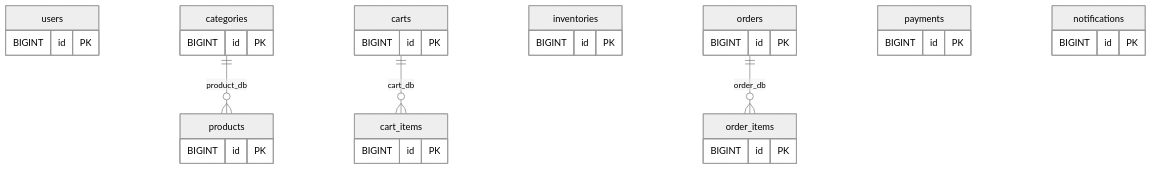
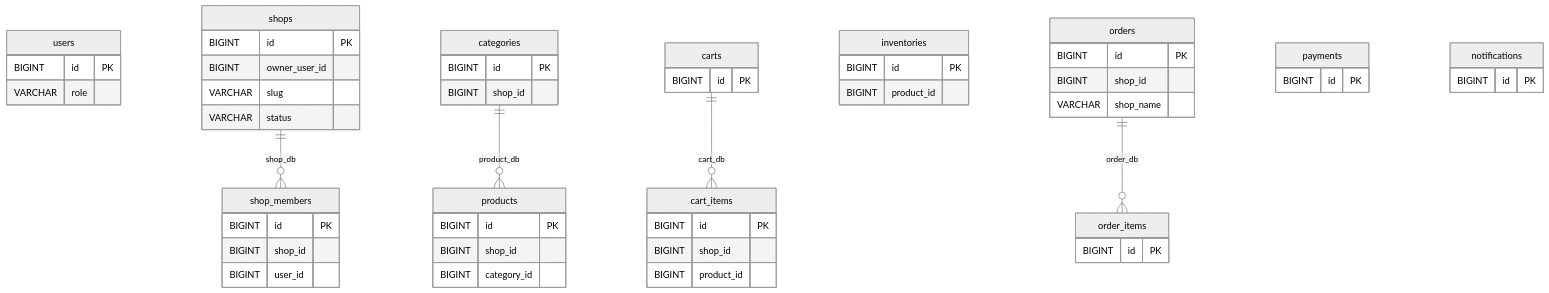
Diagram 15 of 16 in BAO-CAO-DO-AN.md (trinhvanhai1994/GTVT_ecommerce), drawn with Mermaid (neutral theme) before and after one commit. The commit also changed other lines of this file and 99 other files, not shown here.

````diff
--- a/BAO-CAO-DO-AN.md
+++ b/BAO-CAO-DO-AN.md
@@ -447,16 +743,57 @@
 ```mermaid
 erDiagram
-  users { BIGINT id PK }
-  categories { BIGINT id PK }
-  products { BIGINT id PK }
-  carts { BIGINT id PK }
-  cart_items { BIGINT id PK }
-  inventories { BIGINT id PK }
-  orders { BIGINT id PK }
-  order_items { BIGINT id PK }
-  payments { BIGINT id PK }
-  notifications { BIGINT id PK }
+  users {
+    BIGINT id PK
+    VARCHAR role
+  }
+  shops {
+    BIGINT id PK
+    BIGINT owner_user_id
+    VARCHAR slug
+    VARCHAR status
+  }
+  shop_members {
+    BIGINT id PK
+    BIGINT shop_id
+    BIGINT user_id
+  }
+  categories {
+    BIGINT id PK
+    BIGINT shop_id
+  }
+  products {
+    BIGINT id PK
+    BIGINT shop_id
+    BIGINT category_id
+  }
+  carts {
+    BIGINT id PK
+  }
+  cart_items {
+    BIGINT id PK
+    BIGINT shop_id
+    BIGINT product_id
+  }
+  inventories {
+    BIGINT id PK
+    BIGINT product_id
+  }
+  orders {
+    BIGINT id PK
+    BIGINT shop_id
+    VARCHAR shop_name
+  }
+  order_items {
+    BIGINT id PK
+  }
+  payments {
+    BIGINT id PK
+  }
+  notifications {
+    BIGINT id PK
+  }
+  shops ||--o{ shop_members : shop_db
   categories ||--o{ products : product_db
   carts ||--o{ cart_items : cart_db
   orders ||--o{ order_items : order_db
 ```
````
